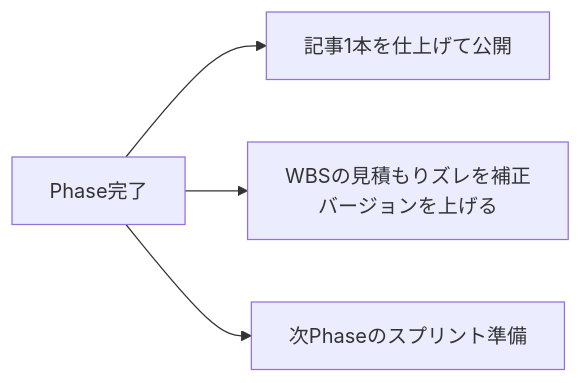
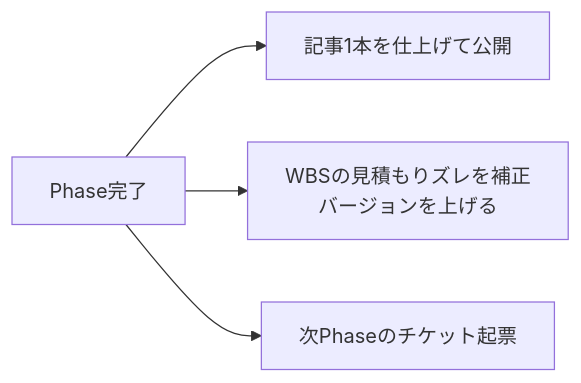
One commit to hina-tsukuru/hina-blocks changed the fourth of 5 diagrams in docs/workflow.md. Above: the diagram before and after it, drawn with Mermaid. The commit also changed other lines of this file and 3 other files, not shown here.

````diff
--- a/docs/workflow.md
+++ b/docs/workflow.md
@@ -76,6 +79,6 @@
 ```mermaid
 flowchart LR
     A[Phase完了] --> B[記事1本を仕上げて公開]
     A --> C[WBSの見積もりズレを補正<br/>バージョンを上げる]
-    A --> D[次Phaseのスプリント準備]
+    A --> D[次Phaseのチケット起票]
 ```
````
